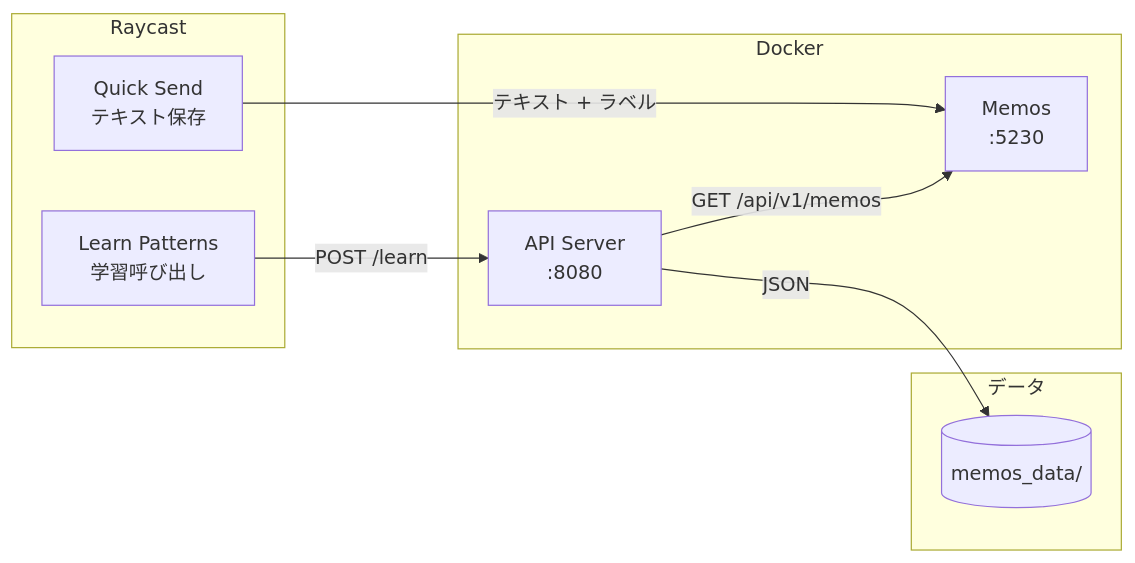
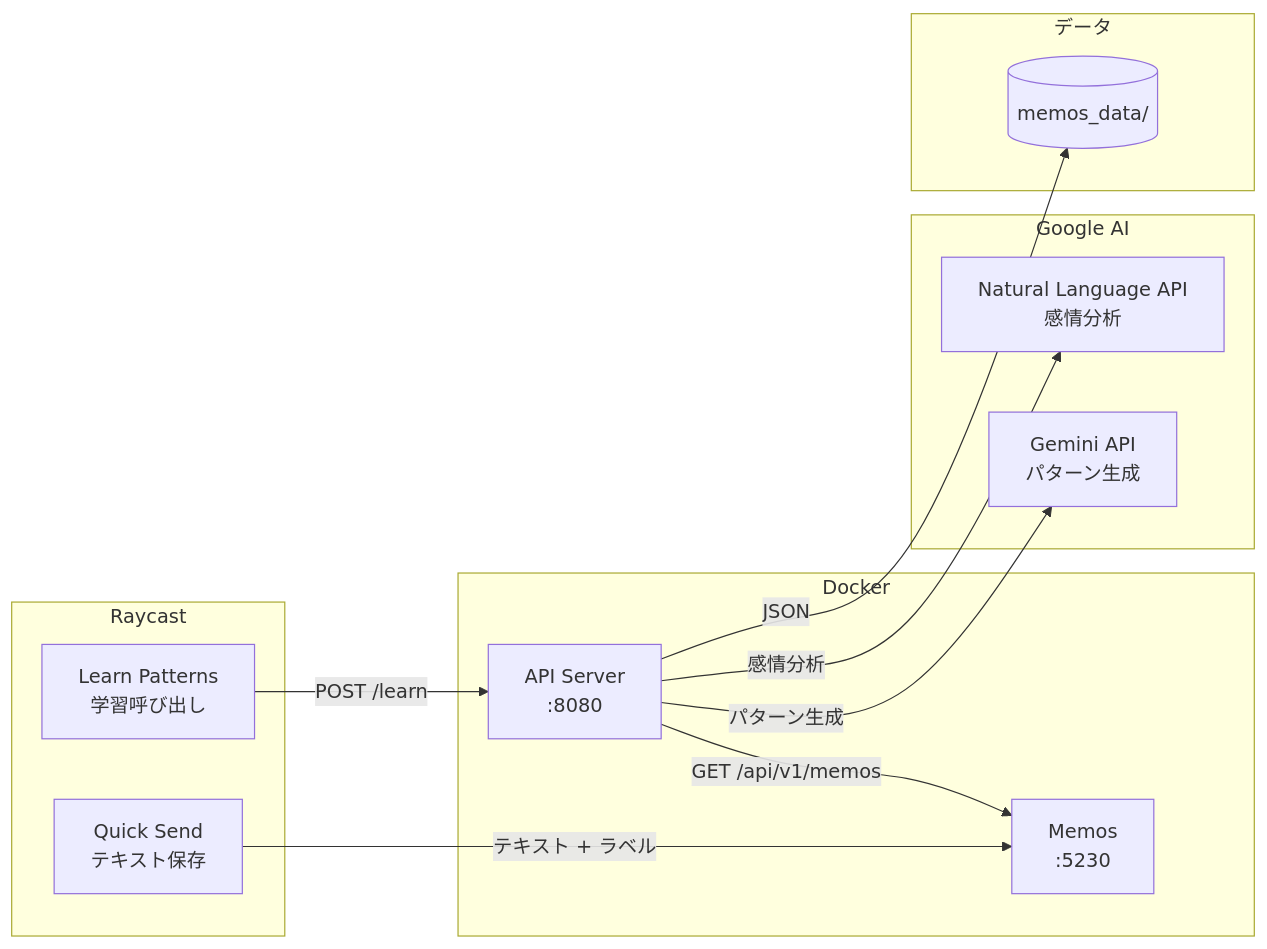
One commit to AobaIwaki123/quick-send changed the first of 2 diagrams in ARCHITECTURE.md. Above: the diagram before and after it, drawn with Mermaid. The commit also changed other lines of this file and 8 other files, not shown here.

Commit message:
add: Gemini, Natural Language AIの実装と環境変数の設定

````diff
--- a/ARCHITECTURE.md
+++ b/ARCHITECTURE.md
@@ -9,21 +9,28 @@
 ```mermaid
 graph LR
     subgraph "Raycast"
         R1[Quick Send<br/>テキスト保存]
         R2[Learn Patterns<br/>学習呼び出し]
     end
     
     subgraph "Docker"
         M[Memos<br/>:5230]
         API[API Server<br/>:8080]
     end
     
+    subgraph "Google AI"
+        NL[Natural Language API<br/>感情分析]
+        G[Gemini API<br/>パターン生成]
+    end
+    
     subgraph "データ"
         D[(memos_data/)]
     end
     
     R1 -->|"テキスト + ラベル"| M
     R2 -->|POST /learn| API
     API -->|GET /api/v1/memos| M
+    API -->|感情分析| NL
+    API -->|パターン生成| G
     API -->|JSON| D
 ```
````
